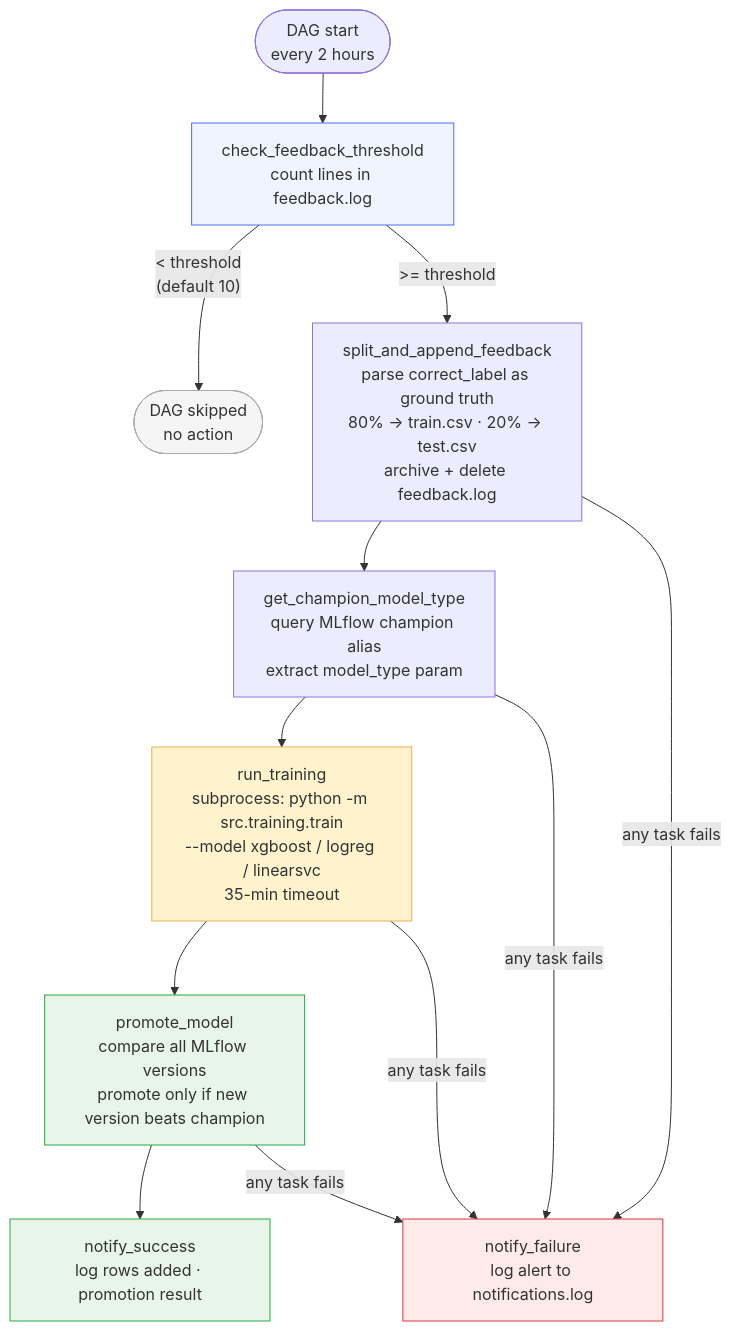
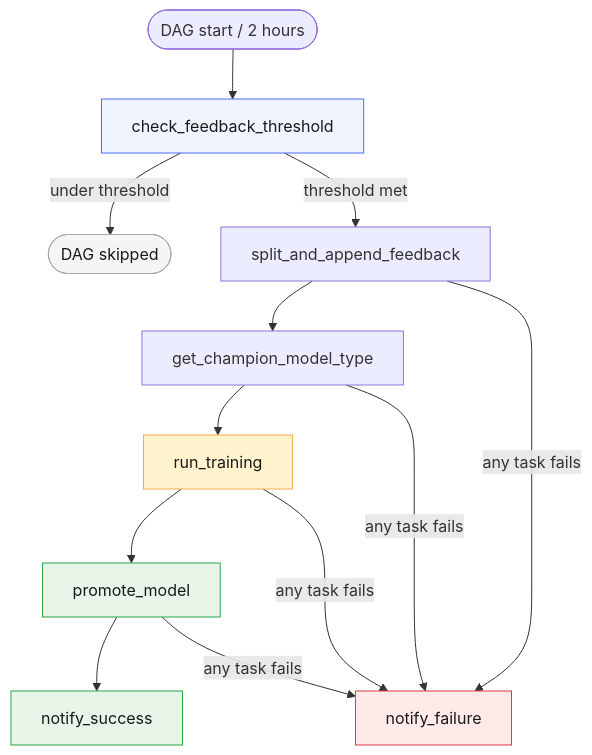
Before and after one commit to YashrajRC/DA5402_MLOPS_ProjectV2: the fourth of 7 diagrams in docs/architecture.md, drawn with Mermaid. The commit also changed other lines of this file and 6 other files, not shown here.

````diff
--- a/docs/architecture.md
+++ b/docs/architecture.md
@@ -138,33 +138,33 @@
 ```mermaid
 flowchart TD
-    START([DAG start\nevery 2 hours]) --> CHECK
+    START([DAG start / 2 hours]) --> CHECK
 
-    CHECK[check_feedback_threshold\ncount lines in feedback.log]
-    CHECK -->|"< threshold\n(default 10)"| SKIP([DAG skipped\nno action])
-    CHECK -->|">= threshold"| SPLIT
+    CHECK[check_feedback_threshold]
+    CHECK -->|under threshold| SKIP([DAG skipped])
+    CHECK -->|threshold met| SPLIT
 
-    SPLIT[split_and_append_feedback\nparse correct_label as ground truth\n80% → train.csv · 20% → test.csv\narchive + delete feedback.log]
+    SPLIT[split_and_append_feedback]
     SPLIT --> GETTYPE
 
-    GETTYPE[get_champion_model_type\nquery MLflow champion alias\nextract model_type param]
+    GETTYPE[get_champion_model_type]
     GETTYPE --> TRAIN
 
-    TRAIN[run_training\nsubprocess: python -m src.training.train\n--model xgboost / logreg / linearsvc\n35-min timeout]
+    TRAIN[run_training]
     TRAIN --> PROMOTE
 
-    PROMOTE[promote_model\ncompare all MLflow versions\npromote only if new version beats champion]
+    PROMOTE[promote_model]
     PROMOTE --> NOTIFY
 
-    NOTIFY[notify_success\nlog rows added · promotion result]
+    NOTIFY[notify_success]
 
-    FAIL[notify_failure\nlog alert to notifications.log]
+    FAIL[notify_failure]
 
     SPLIT & GETTYPE & TRAIN & PROMOTE -->|any task fails| FAIL
 
-    style CHECK fill:#f0f4ff,stroke:#4a6cf7
-    style SKIP fill:#f5f5f5,stroke:#aaa
-    style TRAIN fill:#fff3cd,stroke:#f0ad4e
-    style PROMOTE fill:#e8f5e9,stroke:#28a745
-    style NOTIFY fill:#e8f5e9,stroke:#28a745
-    style FAIL fill:#ffeaea,stroke:#dc3545
+    style CHECK fill:#f0f4ff,stroke:#4a6cf7,color:#1a1a1a
+    style SKIP fill:#f5f5f5,stroke:#aaa,color:#1a1a1a
+    style TRAIN fill:#fff3cd,stroke:#f0ad4e,color:#1a1a1a
+    style PROMOTE fill:#e8f5e9,stroke:#28a745,color:#1a1a1a
+    style NOTIFY fill:#e8f5e9,stroke:#28a745,color:#1a1a1a
+    style FAIL fill:#ffeaea,stroke:#dc3545,color:#1a1a1a
 ```
````
